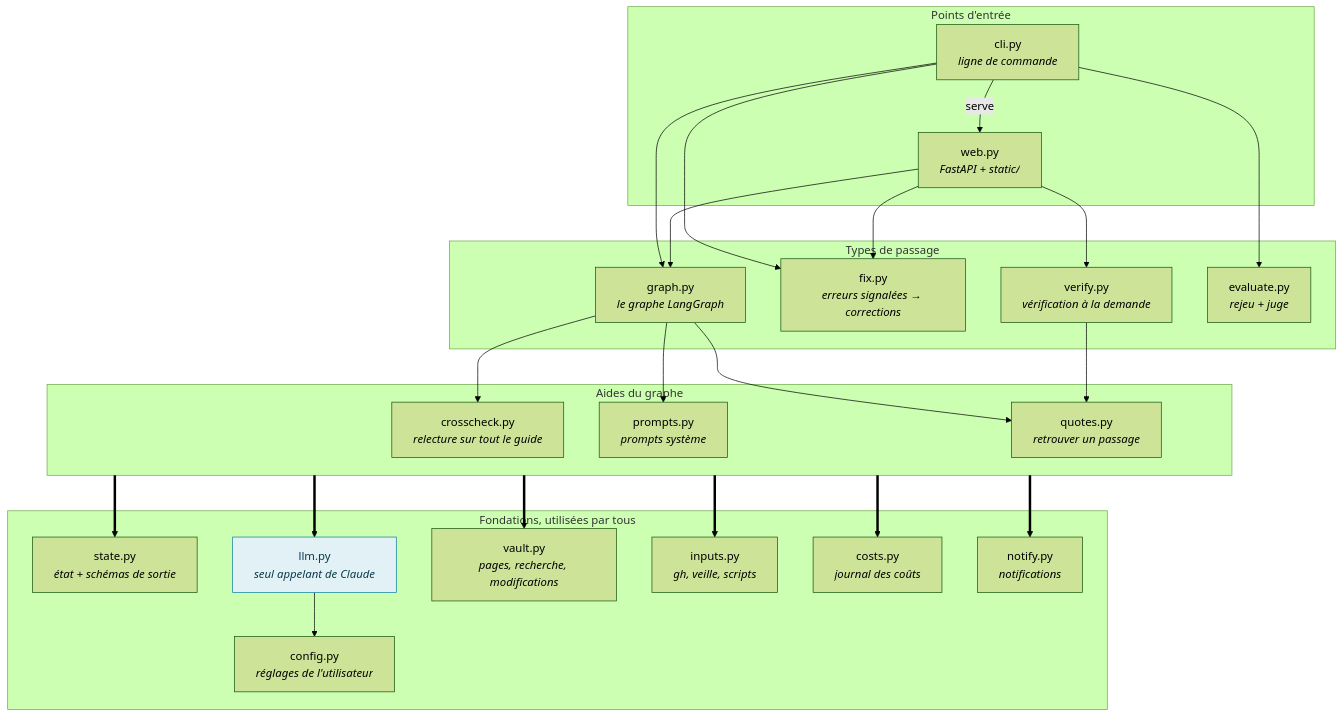
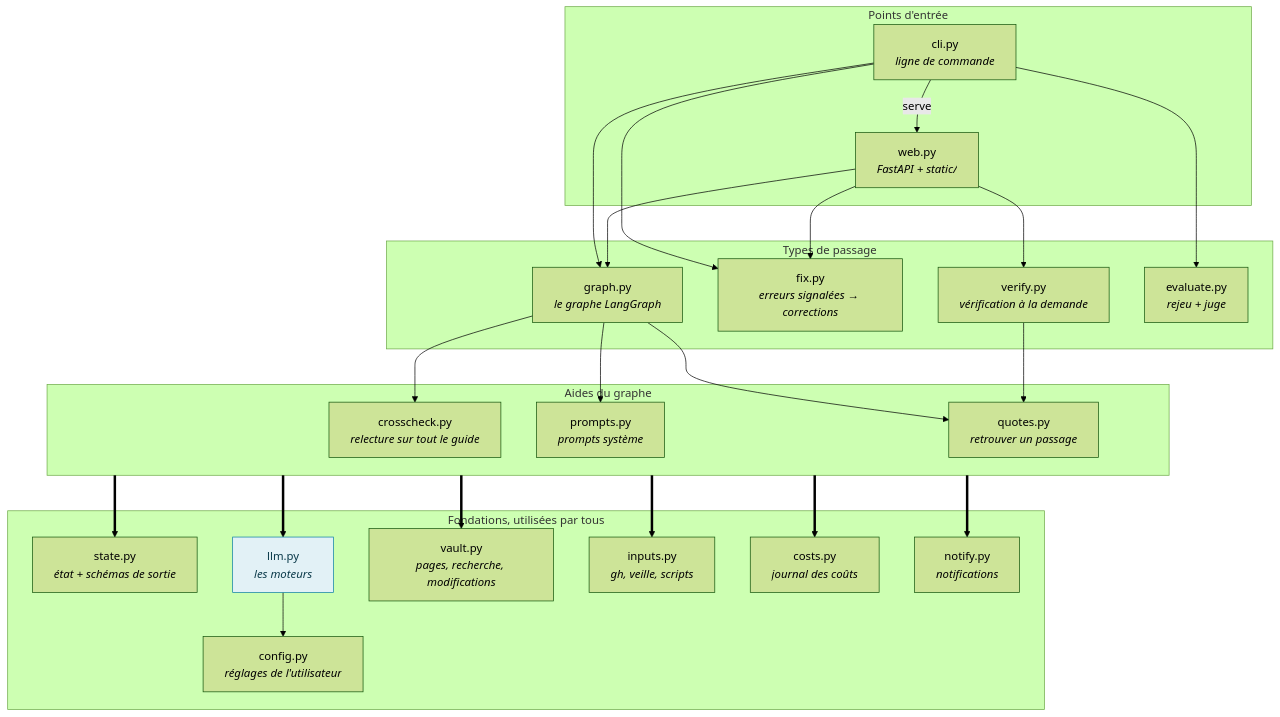
The first of 6 diagrams in docs/code.fr.md (DamienBecherini/vault-watch-agent), drawn with Mermaid (forest theme) before and after one commit. The commit also changed other lines of this file and 14 other files, not shown here.

````diff
--- a/docs/code.fr.md
+++ b/docs/code.fr.md
@@ -19,36 +19,36 @@
 ```mermaid
 flowchart TB
   subgraph entry["Points d'entrée"]
     cli["cli.py<br/><i>ligne de commande</i>"]
     web["web.py<br/><i>FastAPI + static/</i>"]
   end
   subgraph runs["Types de passage"]
     graphpy["graph.py<br/><i>le graphe LangGraph</i>"]
     fix["fix.py<br/><i>erreurs signalées → corrections</i>"]
     verify["verify.py<br/><i>vérification à la demande</i>"]
     evaluate["evaluate.py<br/><i>rejeu + juge</i>"]
   end
   subgraph steps["Aides du graphe"]
     crosscheck["crosscheck.py<br/><i>relecture sur tout le guide</i>"]
     prompts["prompts.py<br/><i>prompts système</i>"]
     quotes["quotes.py<br/><i>retrouver un passage</i>"]
   end
   subgraph base["Fondations, utilisées par tous"]
     state["state.py<br/><i>état + schémas de sortie</i>"]
-    llm["llm.py<br/><i>seul appelant de Claude</i>"]
+    llm["llm.py<br/><i>les moteurs</i>"]
     config["config.py<br/><i>réglages de l'utilisateur</i>"]
     vault["vault.py<br/><i>pages, recherche, modifications</i>"]
     inputs["inputs.py<br/><i>gh, veille, scripts</i>"]
     costs["costs.py<br/><i>journal des coûts</i>"]
     notify["notify.py<br/><i>notifications</i>"]
   end
   cli -->|"serve"| web
   cli --> graphpy & fix & evaluate
   web --> graphpy & fix & verify
   graphpy --> crosscheck & prompts & quotes
   verify --> quotes
   steps ==> state & llm & vault & inputs & costs & notify
   llm --> config
   classDef model fill:#e2f1f6,stroke:#0a7ea4,color:#0b3a4a
   class llm model
 ```
````
